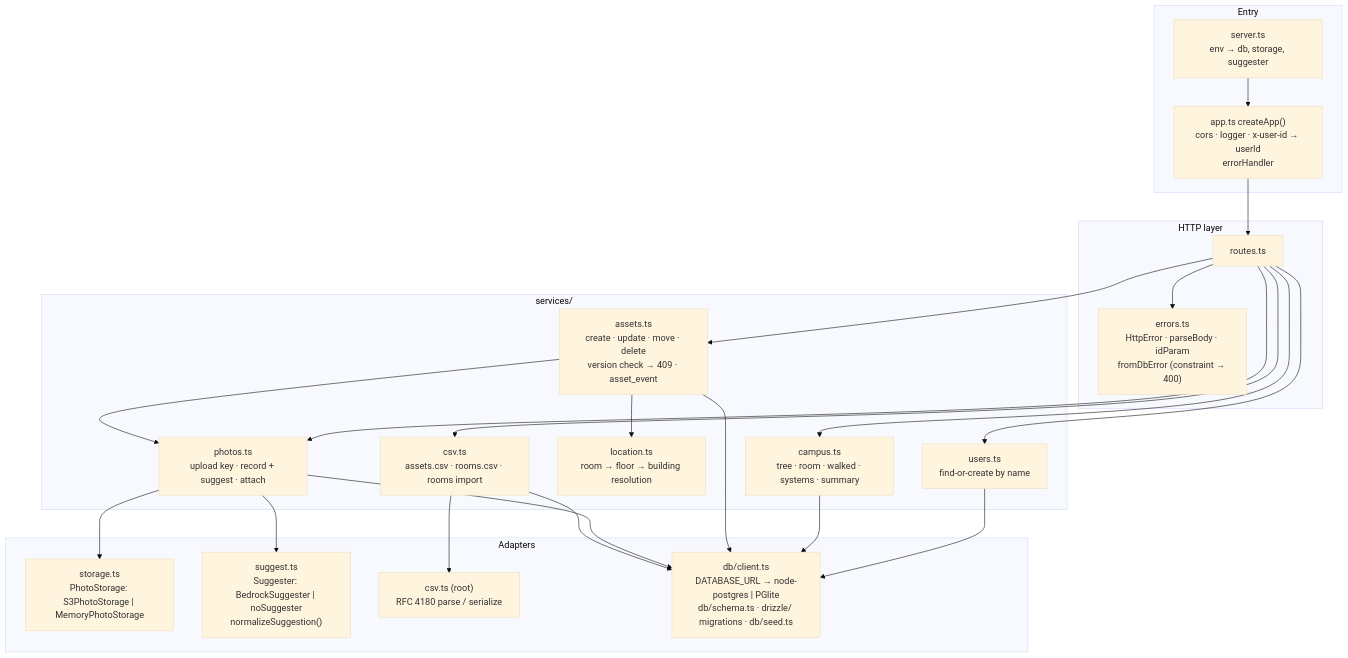
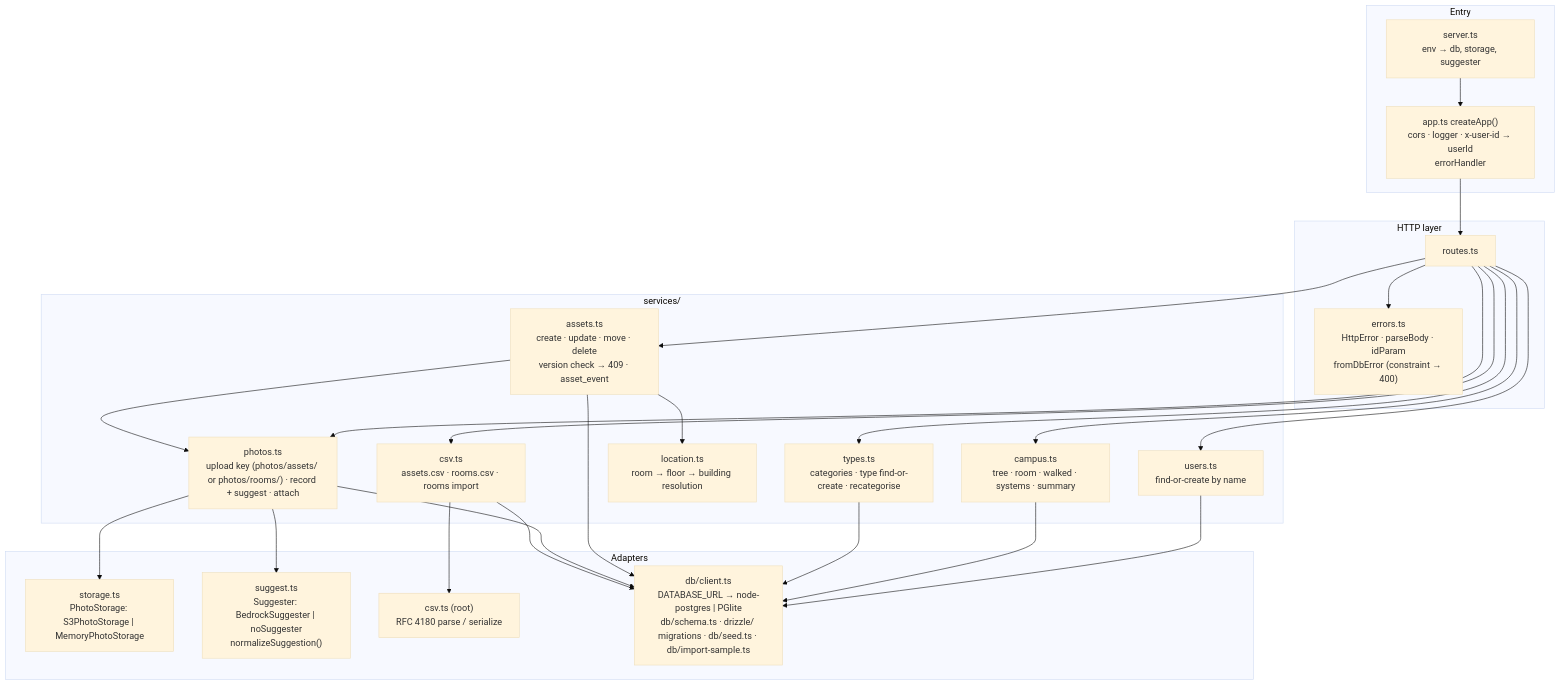
One commit to mcsantiago/vlk-architects-campus-walk changed the second of 6 diagrams in docs/architecture.md. Above: the diagram before and after it, drawn with Mermaid (base theme). The commit also changed other lines of this file and 4 other files, not shown here.

````diff
--- a/docs/architecture.md
+++ b/docs/architecture.md
@@ -45,37 +47,38 @@
 ```mermaid
 flowchart TB
   subgraph entry["Entry"]
     server["server.ts\nenv → db, storage, suggester"]
     app["app.ts createApp()\ncors · logger · x-user-id → userId\nerrorHandler"]
   end
 
   subgraph http["HTTP layer"]
     routes["routes.ts"]
     errors["errors.ts\nHttpError · parseBody · idParam\nfromDbError (constraint → 400)"]
   end
 
   subgraph services["services/"]
     users["users.ts\nfind-or-create by name"]
     campus["campus.ts\ntree · room · walked · systems · summary"]
+    types["types.ts\ncategories · type find-or-create · recategorise"]
     assets["assets.ts\ncreate · update · move · delete\nversion check → 409 · asset_event"]
     location["location.ts\nroom → floor → building resolution"]
-    photos["photos.ts\nupload key · record + suggest · attach"]
+    photos["photos.ts\nupload key (photos/assets/ or photos/rooms/) · record + suggest · attach"]
     csv["csv.ts\nassets.csv · rooms.csv · rooms import"]
   end
 
   subgraph infra["Adapters"]
     storage["storage.ts\nPhotoStorage: S3PhotoStorage | MemoryPhotoStorage"]
     suggest["suggest.ts\nSuggester: BedrockSuggester | noSuggester\nnormalizeSuggestion()"]
     csvlib["csv.ts (root)\nRFC 4180 parse / serialize"]
-    db["db/client.ts\nDATABASE_URL → node-postgres | PGlite\ndb/schema.ts · drizzle/ migrations · db/seed.ts"]
+    db["db/client.ts\nDATABASE_URL → node-postgres | PGlite\ndb/schema.ts · drizzle/ migrations · db/seed.ts · db/import-sample.ts"]
   end
 
   server --> app --> routes
   routes --> errors
-  routes --> users & campus & assets & photos & csv
+  routes --> users & campus & types & assets & photos & csv
   assets --> location
   assets --> photos
   photos --> storage & suggest
   csv --> csvlib
-  users & campus & assets & photos & csv --> db
+  users & campus & types & assets & photos & csv --> db
 ```
````
